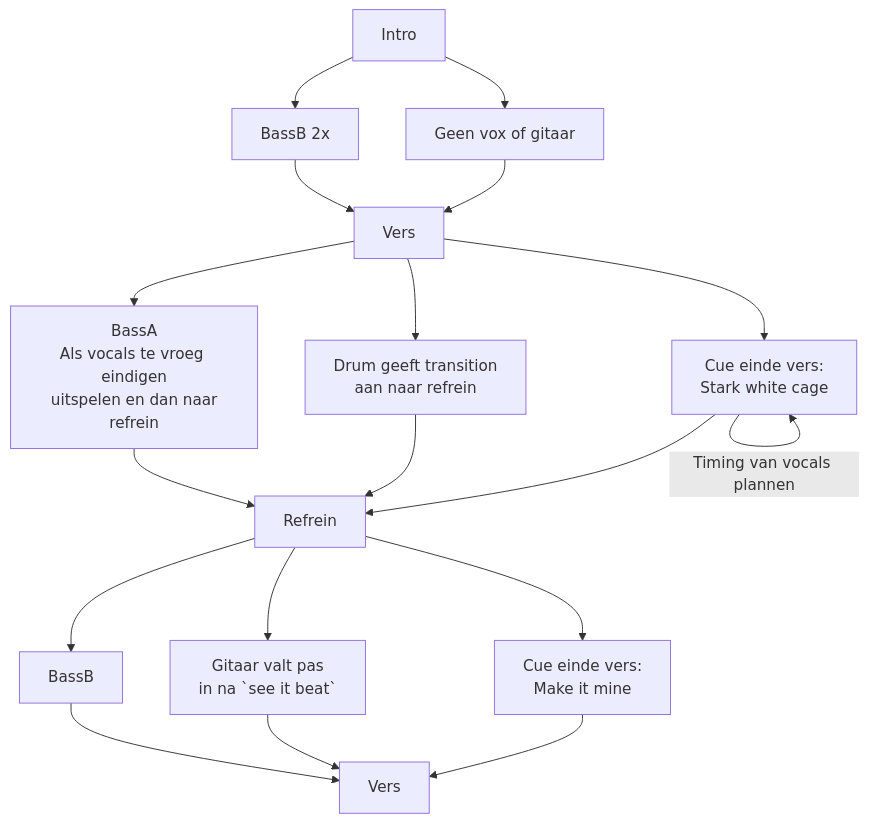
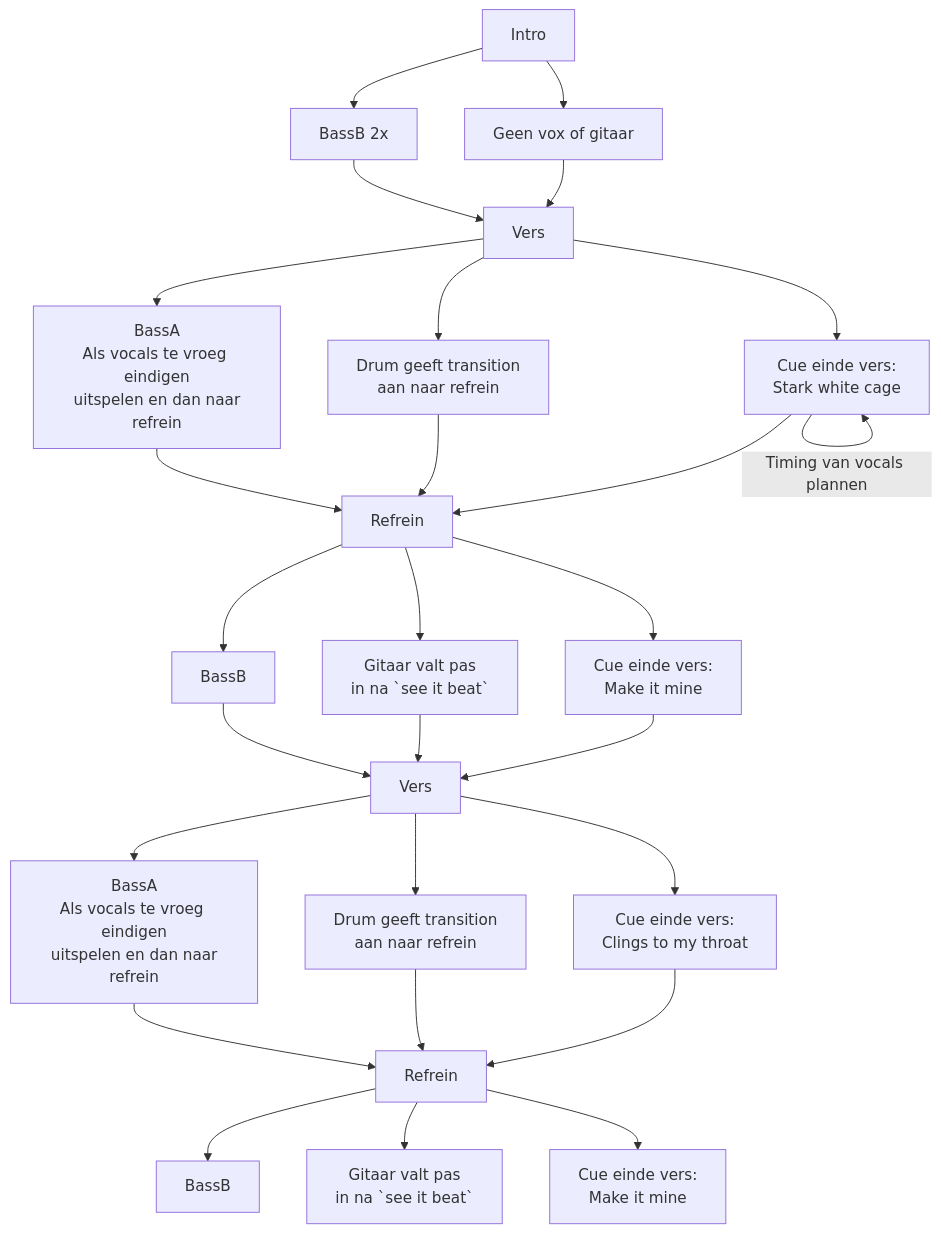
One commit to foreveryone1/ObsidianNotes changed the second of 2 diagrams in 1 notes/10 music/Sharks eat people too schemas.md. Above: the diagram before and after it, drawn with Mermaid. The commit also changed other lines of this file, not shown here.

Commit message:
vault backup: 2022-11-24 01:32:42

````diff
--- a/1 notes/10 music/Sharks eat people too schemas.md
+++ b/1 notes/10 music/Sharks eat people too schemas.md
@@ -13,16 +13,23 @@
 ```mermaid
 graph TD
     A[Intro]
     B[Vers]
     C[Refrein]
     D[Vers]
+    E[Refrein]
     A-->IntroBass[BassB 2x]-->B
     A-->IntroVox[Geen vox of gitaar]-->B
     B-->VersBas[BassA<br>Als vocals te vroeg eindigen<br> uitspelen en dan naar refrein]-->C
     B-->VersDrum[Drum geeft transition<br> aan naar refrein]--> C
     B-->VersVocals[Cue einde vers: <br> Stark white cage]-->C
     VersVocals-->|Timing van vocals plannen|VersVocals
     C-->RefreinBass[BassB]--> D
     C-->RefreinGitaar[Gitaar valt pas <br> in na `see it beat`]-->D
     C-->RefreinVocals[Cue einde vers: <br> Make it mine]-->D
+    D-->VersBas2[BassA<br>Als vocals te vroeg eindigen<br> uitspelen en dan naar refrein]-->E
+    D-->VersDrum2[Drum geeft transition<br> aan naar refrein]--> E
+    D-->VersVocals2[Cue einde vers: <br> Clings to my throat]-->E
+    E-->RefreinBass2[BassB]
+    E-->RefreinGitaar2[Gitaar valt pas <br> in na `see it beat`]
+    E-->RefreinVocals2[Cue einde vers: <br> Make it mine]
 ```
````
